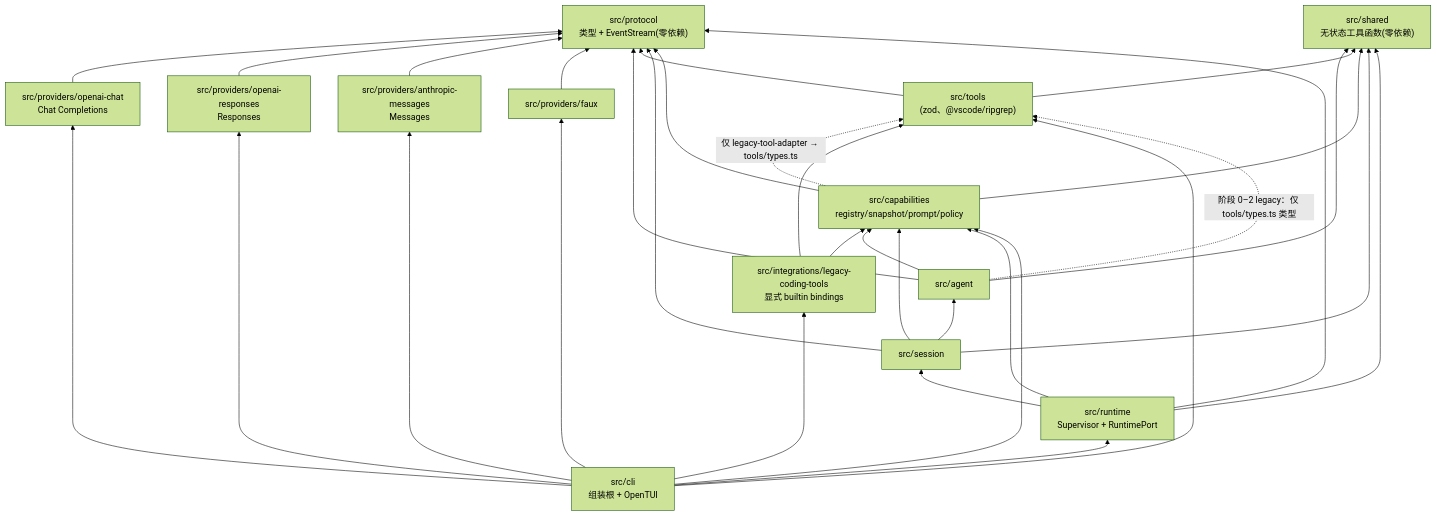
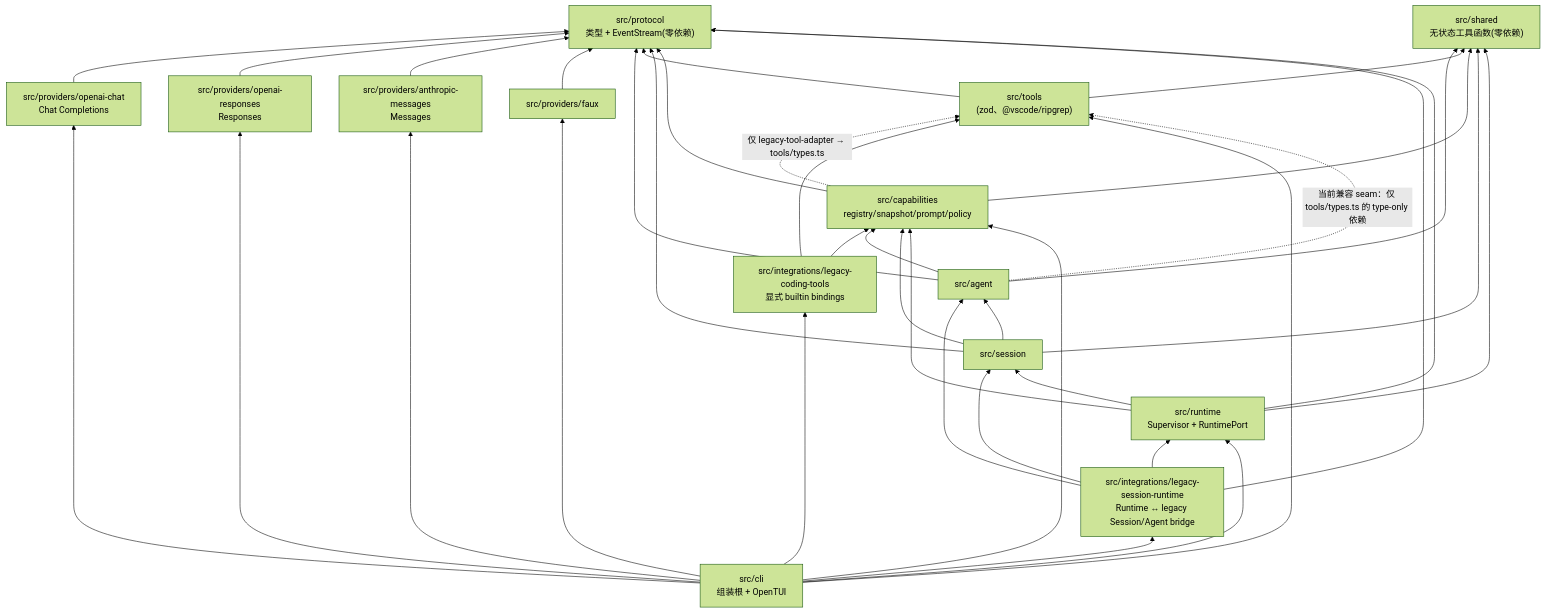
The first of 3 diagrams in docs/02-architecture.md (rita152/coda), drawn with Mermaid (forest theme) before and after one commit. The commit also changed other lines of this file and 16 other files, not shown here.

````diff
--- a/docs/02-architecture.md
+++ b/docs/02-architecture.md
@@ -71,48 +77,54 @@
 ```mermaid
 flowchart BT
   protocol["src/protocol\n类型 + EventStream(零依赖)"]
   shared["src/shared\n无状态工具函数(零依赖)"]
   openai_chat["src/providers/openai-chat\nChat Completions"]
   openai_responses["src/providers/openai-responses\nResponses"]
   anthropic["src/providers/anthropic-messages\nMessages"]
   faux["src/providers/faux"]
   agent["src/agent"]
   tools["src/tools\n(zod、@vscode/ripgrep)"]
   capabilities["src/capabilities\nregistry/snapshot/prompt/policy"]
   legacy_tools["src/integrations/legacy-coding-tools\n显式 builtin bindings"]
+  legacy_session["src/integrations/legacy-session-runtime\nRuntime ↔ legacy Session/Agent bridge"]
   session["src/session"]
   runtime["src/runtime\nSupervisor + RuntimePort"]
   cli["src/cli\n组装根 + OpenTUI"]
 
   openai_chat --> protocol
   openai_responses --> protocol
   anthropic --> protocol
   faux --> protocol
   agent --> protocol
   tools --> protocol
   session --> protocol
   agent --> shared
   tools --> shared
   capabilities --> protocol
   capabilities --> shared
   capabilities -. "仅 legacy-tool-adapter → tools/types.ts" .-> tools
   legacy_tools --> capabilities
   legacy_tools --> tools
+  legacy_session --> runtime
+  legacy_session --> session
+  legacy_session --> agent
+  legacy_session --> protocol
   agent --> capabilities
   session --> shared
   session --> agent
   session --> capabilities
   runtime --> protocol
   runtime --> shared
   runtime --> session
   runtime --> capabilities
   cli --> runtime
   cli --> capabilities
   cli --> openai_chat
   cli --> openai_responses
   cli --> anthropic
   cli --> faux
   cli --> tools
   cli --> legacy_tools
-  agent -. "阶段 0–2 legacy：仅 tools/types.ts 类型" .-> tools
+  cli --> legacy_session
+  agent -. "当前兼容 seam：仅 tools/types.ts 的 type-only 依赖" .-> tools
 ```
````
